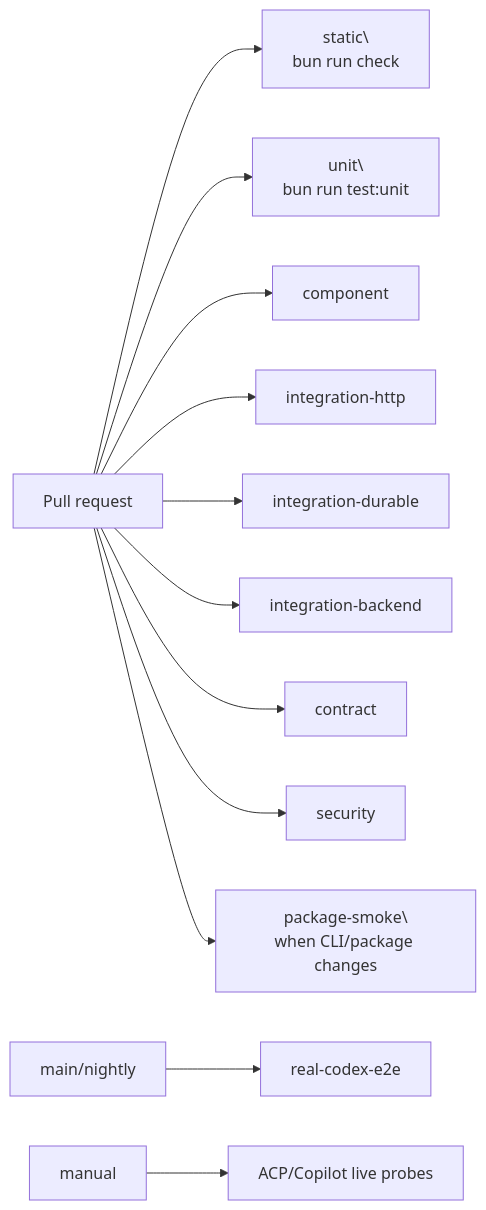
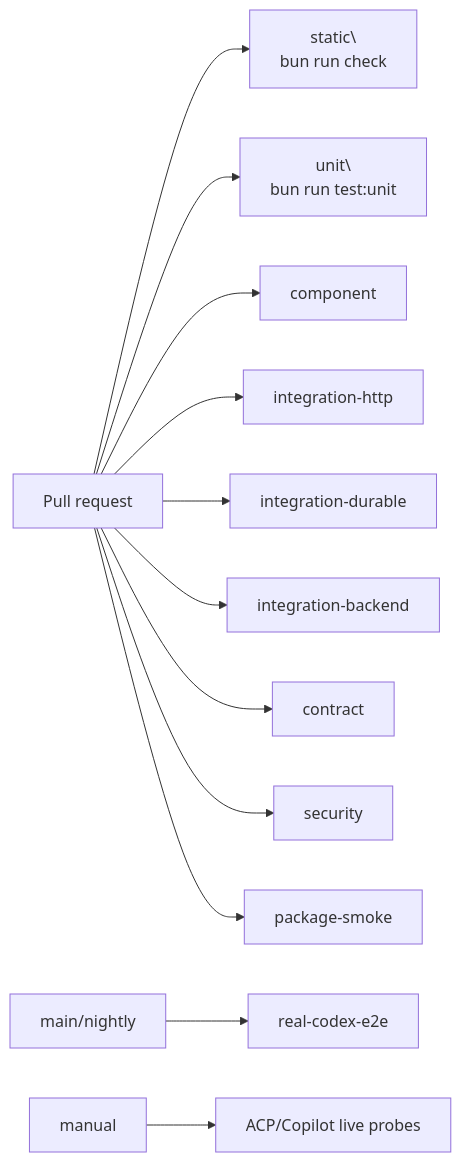
Before and after one commit to LaChimere/volare: the second of 2 diagrams in plans/testing-architecture/arch.md, drawn with Mermaid. The commit also changed other lines of this file and 4 other files, not shown here.

Commit message:
ci: split testing architecture lanes

````diff
--- a/plans/testing-architecture/arch.md
+++ b/plans/testing-architecture/arch.md
@@ -336,14 +336,14 @@
 ```mermaid
 graph LR
   PR[Pull request] --> Static[static\\nbun run check]
   PR --> Unit[unit\\nbun run test:unit]
   PR --> Component[component]
   PR --> HTTPIT[integration-http]
   PR --> Durable[integration-durable]
   PR --> BackendIT[integration-backend]
   PR --> Contract[contract]
   PR --> Security[security]
-  PR --> Package[package-smoke\\nwhen CLI/package changes]
+  PR --> Package[package-smoke]
   Main[main/nightly] --> RealCodex[real-codex-e2e]
   Manual[manual] --> Live[ACP/Copilot live probes]
 ```
````
